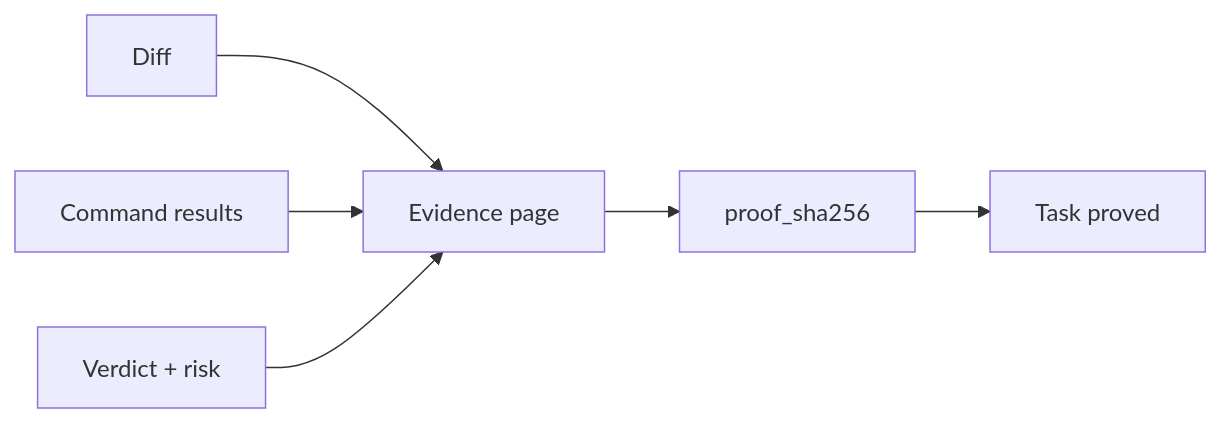
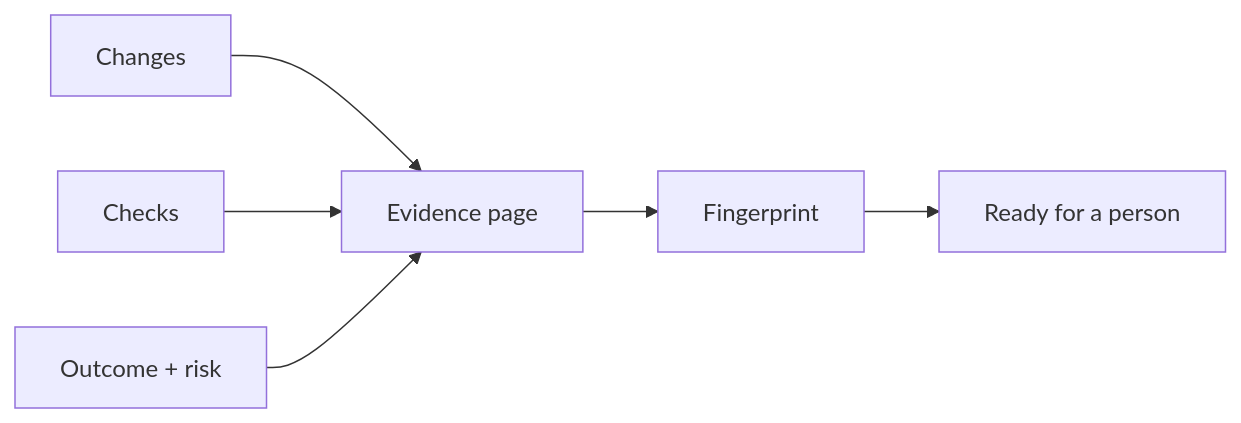
Before and after one commit to michaelatamuk/openjiuwen-works: the eighth of 11 diagrams in docs/guides/how-a-fix-flows.md, drawn with Mermaid. The commit also changed other lines of this file and 47 other files, not shown here.

````diff
--- a/docs/guides/how-a-fix-flows.md
+++ b/docs/guides/how-a-fix-flows.md
@@ -151,8 +148,8 @@
 ```mermaid
 flowchart LR
-    D[Diff] --> E[Evidence page]
-    C[Command results] --> E
-    V[Verdict + risk] --> E
-    E --> H[proof_sha256]
-    H --> P[Task proved]
+    D[Changes] --> E[Evidence page]
+    C[Checks] --> E
+    V[Outcome + risk] --> E
+    E --> F[Fingerprint]
+    F --> P[Ready for a person]
 ```
````
